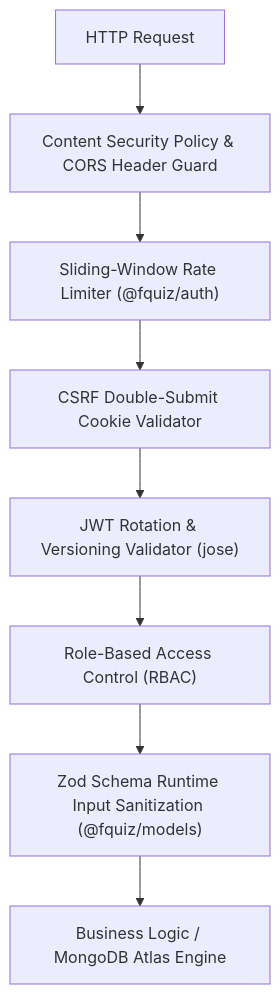
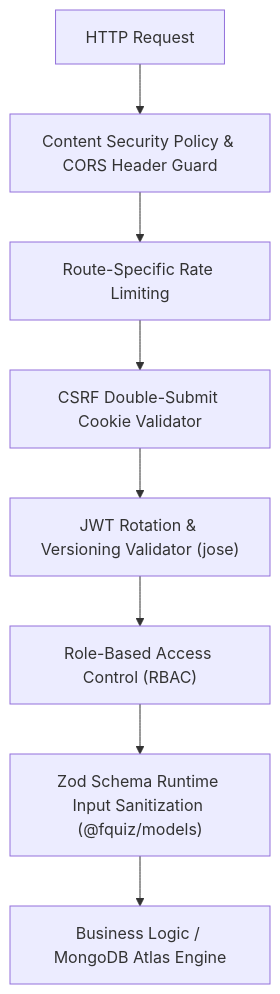
Before and after one commit to nvtruongops/fquiz: the diagram in docs/SECURITY.md, drawn with Mermaid. The commit also changed other lines of this file and 74 other files, not shown here.

````diff
--- a/docs/SECURITY.md
+++ b/docs/SECURITY.md
@@ -13,10 +13,10 @@
 ```mermaid
 graph TD
     UserReq["HTTP Request"] --> CSP["Content Security Policy & CORS Header Guard"]
-    CSP --> RateLimiter["Sliding-Window Rate Limiter (@fquiz/auth)"]
+    CSP --> RateLimiter["Route-Specific Rate Limiting"]
     RateLimiter --> CSRFGuard["CSRF Double-Submit Cookie Validator"]
     CSRFGuard --> JWTAuth["JWT Rotation & Versioning Validator (jose)"]
     JWTAuth --> RoleAuth["Role-Based Access Control (RBAC)"]
     RoleAuth --> ZodValidate["Zod Schema Runtime Input Sanitization (@fquiz/models)"]
     ZodValidate --> BusinessService["Business Logic / MongoDB Atlas Engine"]
 ```
````
